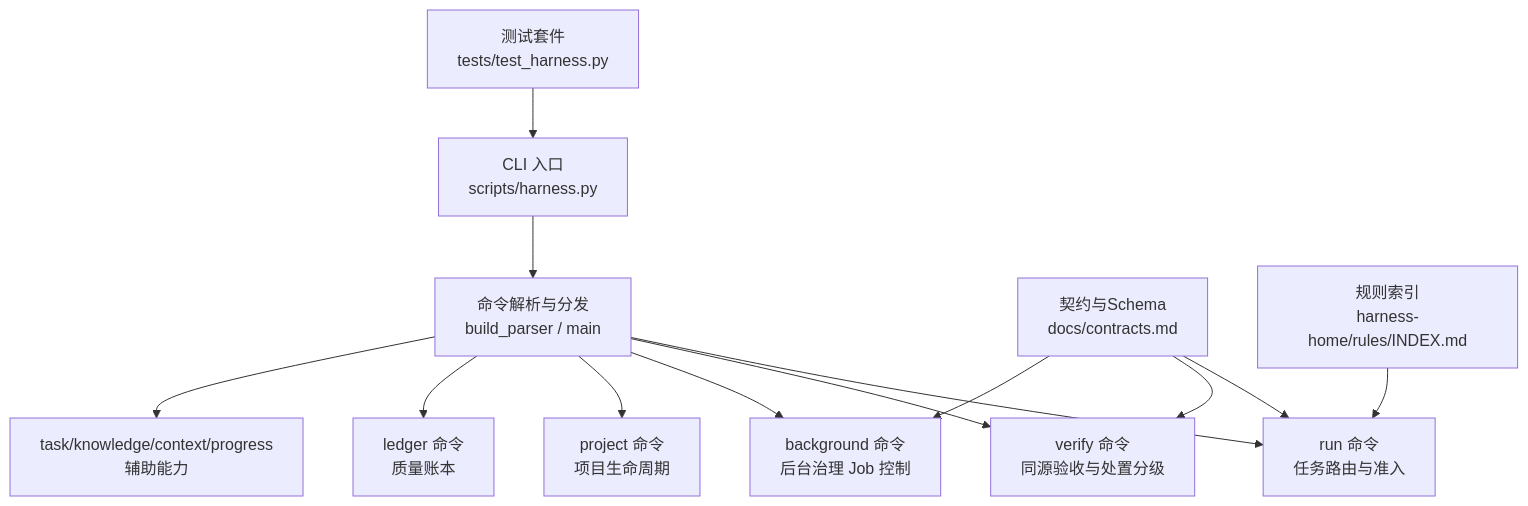
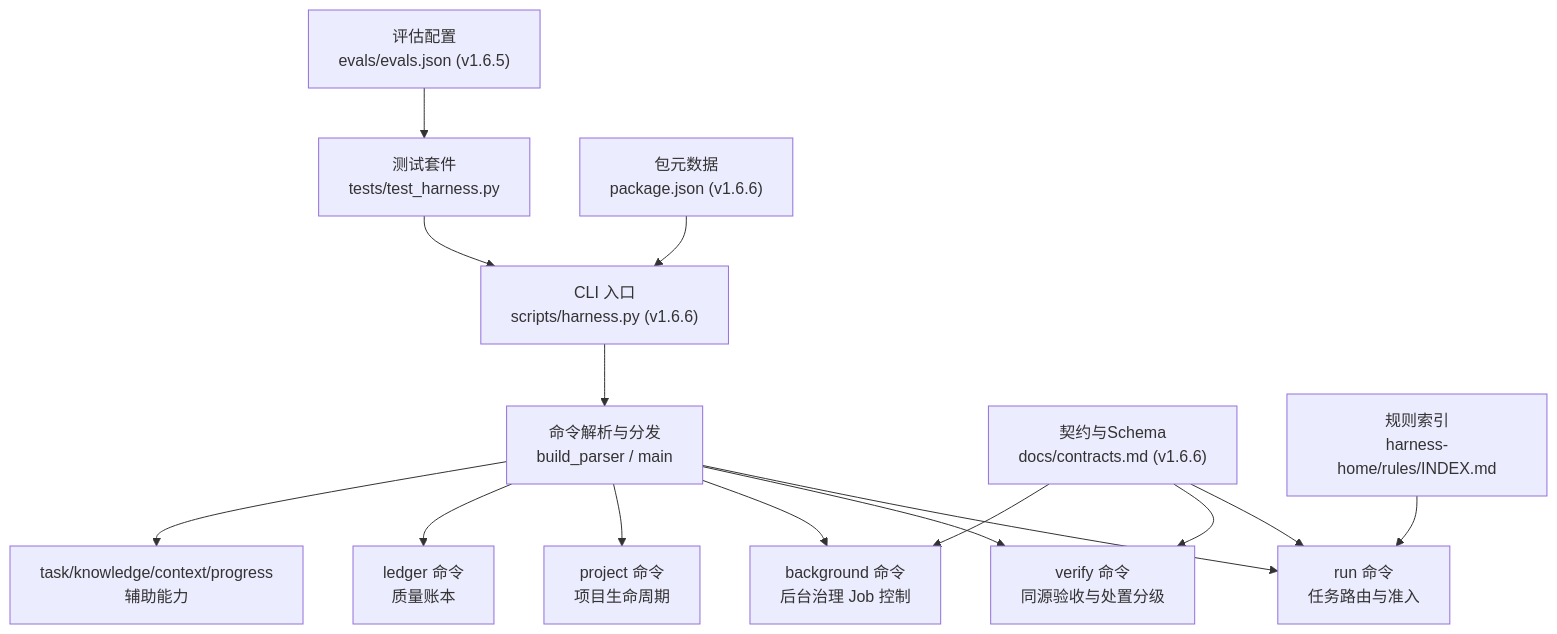
Before and after one commit to HackSing/docs-harness: the first of 3 diagrams in .qoder/repowiki/zh/content/API参考/API参考.md, drawn with Mermaid. The commit also changed other lines of this file and 32 other files, not shown here.

````diff
--- a/.qoder/repowiki/zh/content/API参考/API参考.md
+++ b/.qoder/repowiki/zh/content/API参考/API参考.md
@@ -37,15 +47,17 @@
 ```mermaid
 graph TB
-A["CLI 入口<br/>scripts/harness.py"] --> B["命令解析与分发<br/>build_parser / main"]
+A["CLI 入口<br/>scripts/harness.py (v1.6.6)"] --> B["命令解析与分发<br/>build_parser / main"]
 B --> C["run 命令<br/>任务路由与准入"]
 B --> D["verify 命令<br/>同源验收与处置分级"]
 B --> E["background 命令<br/>后台治理 Job 控制"]
 B --> F["project 命令<br/>项目生命周期"]
 B --> G["ledger 命令<br/>质量账本"]
 B --> H["task/knowledge/context/progress<br/>辅助能力"]
-I["契约与Schema<br/>docs/contracts.md"] --> C
+I["契约与Schema<br/>docs/contracts.md (v1.6.6)"] --> C
 I --> D
 I --> E
 J["规则索引<br/>harness-home/rules/INDEX.md"] --> C
 K["测试套件<br/>tests/test_harness.py"] --> A
+L["评估配置<br/>evals/evals.json (v1.6.5)"] --> K
+M["包元数据<br/>package.json (v1.6.6)"] --> A
 ```
````
